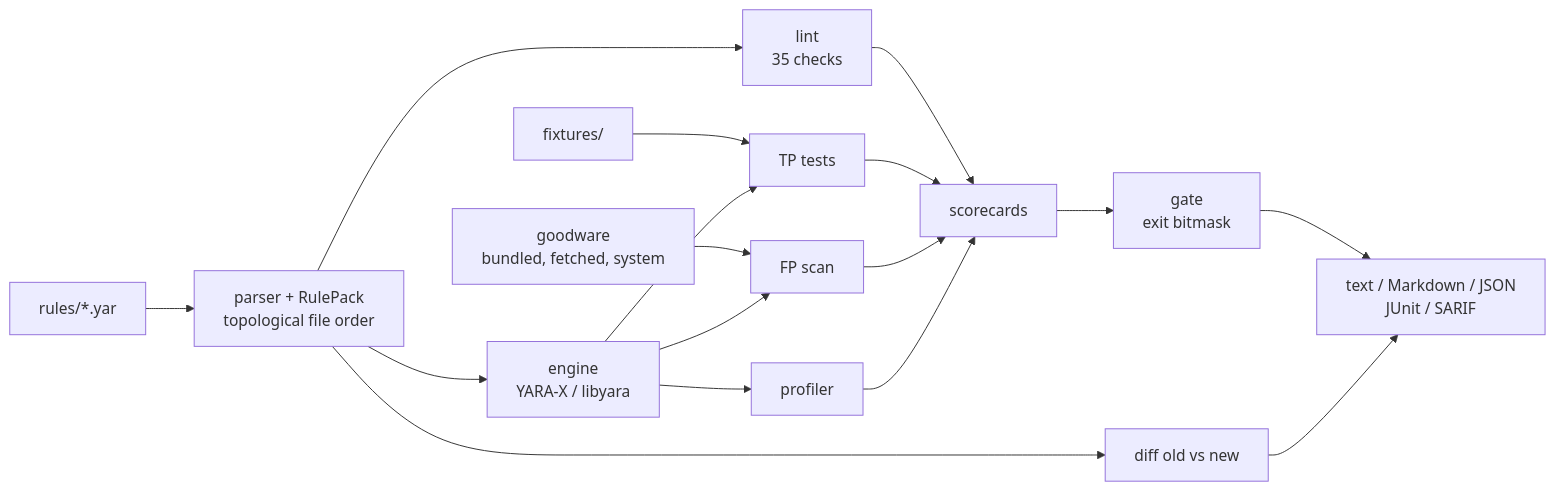
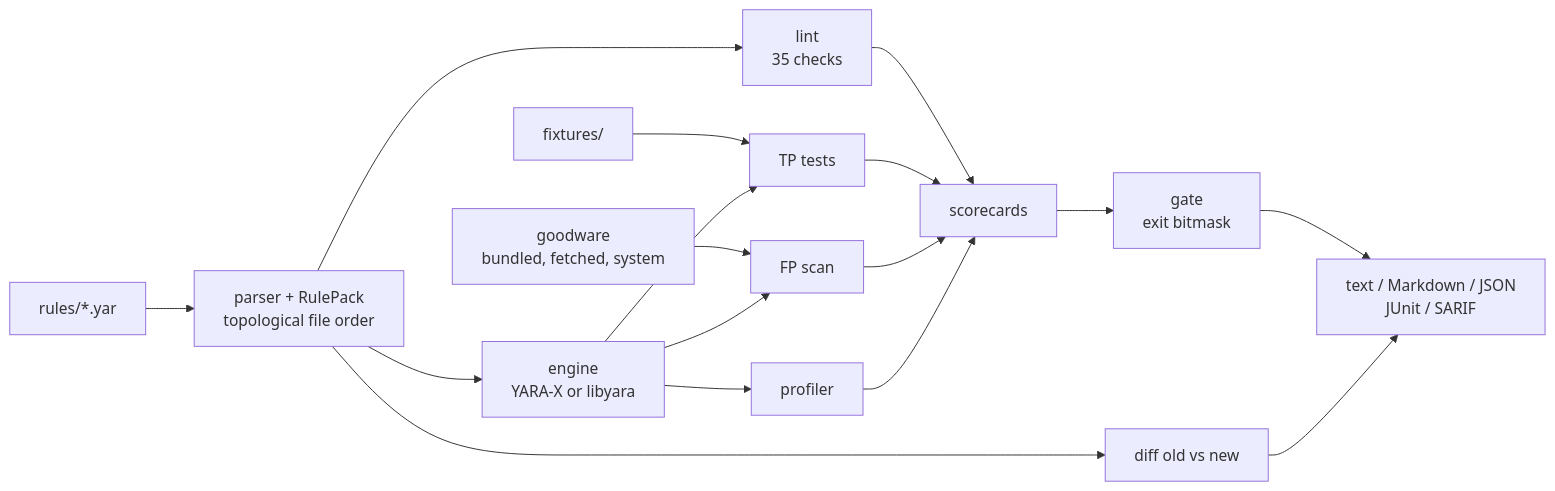
One commit to SlateGitOrg/yaraci changed the diagram in README.md. Above: the diagram before and after it, drawn with Mermaid. The commit also changed other lines of this file and 4 other files, not shown here.

First line of the commit message:
docs: neutral attribution, restructured README, parseable architecture diagram

````diff
--- a/README.md
+++ b/README.md
@@ -45,12 +62,12 @@
 ```mermaid
 flowchart LR
-    R[rules/*.yar] --> P[parser + RulePack<br/>topological file order]
-    P --> L[lint<br/>35 checks]
-    P --> E[engine<br/>YARA-X / libyara]
-    F[fixtures/] --> T[TP tests]
-    G[goodware<br/>bundled, fetched, system] --> FP[FP scan]
-    E --> T & FP & PR[profiler]
-    L & T & FP & PR --> Q[scorecards] --> GATE[gate<br/>exit bitmask]
-    GATE --> OUT[text / Markdown / JSON<br/>JUnit / SARIF]
-    P --> D[diff old vs new] --> OUT
+    R["rules/*.yar"] --> P["parser + RulePack<br/>topological file order"]
+    P --> L["lint<br/>35 checks"]
+    P --> E["engine<br/>YARA-X or libyara"]
+    F["fixtures/"] --> T["TP tests"]
+    G["goodware<br/>bundled, fetched, system"] --> FP["FP scan"]
+    E --> T & FP & PR["profiler"]
+    L & T & FP & PR --> Q["scorecards"] --> GATE["gate<br/>exit bitmask"]
+    GATE --> OUT["text / Markdown / JSON<br/>JUnit / SARIF"]
+    P --> D["diff old vs new"] --> OUT
 ```
````
